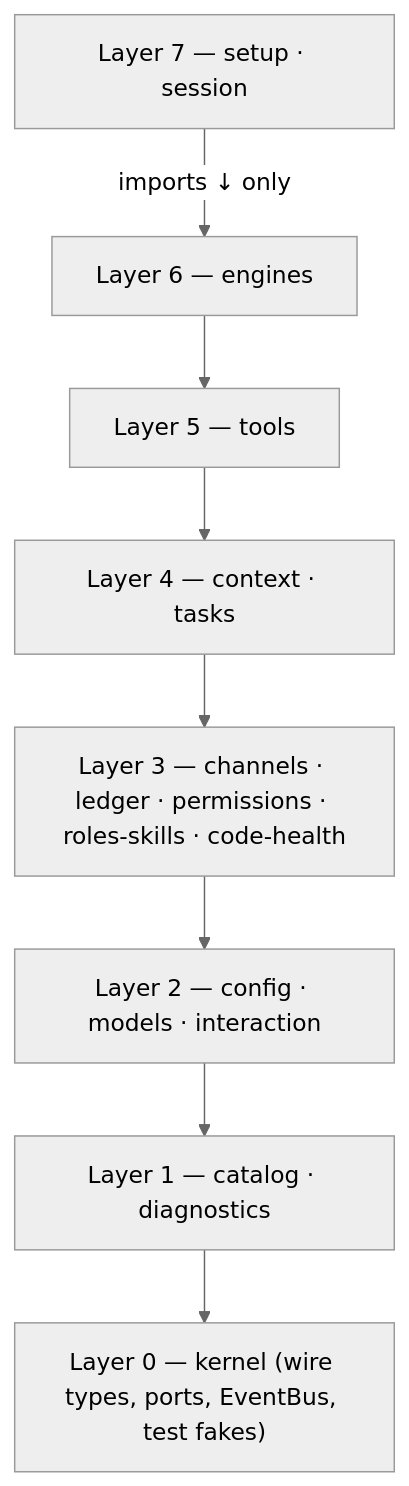
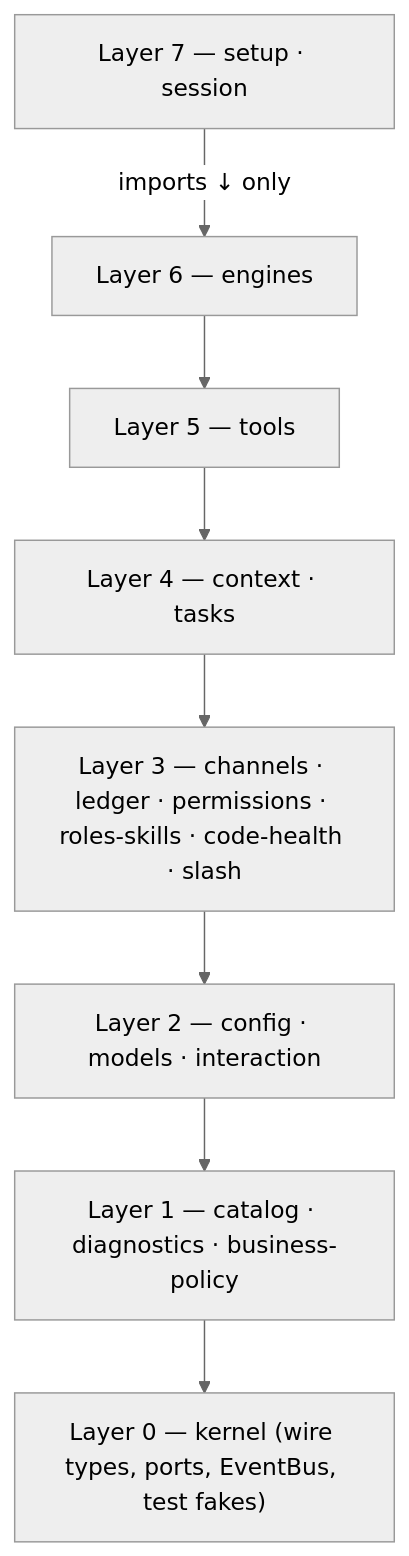
Before and after one commit to GDBryant/Stewart: the second of 4 diagrams in docs/ARCHITECTURE_DIAGRAM.md, drawn with Mermaid (neutral theme). The commit also changed other lines of this file and 6 other files, not shown here.

````diff
--- a/docs/ARCHITECTURE_DIAGRAM.md
+++ b/docs/ARCHITECTURE_DIAGRAM.md
@@ -45,12 +45,12 @@
 ```mermaid
 flowchart TB
     L7["Layer 7 — setup · session"]
     L6["Layer 6 — engines"]
     L5["Layer 5 — tools"]
     L4["Layer 4 — context · tasks"]
-    L3["Layer 3 — channels · ledger · permissions · roles-skills · code-health"]
+    L3["Layer 3 — channels · ledger · permissions · roles-skills · code-health · slash"]
     L2["Layer 2 — config · models · interaction"]
-    L1["Layer 1 — catalog · diagnostics"]
+    L1["Layer 1 — catalog · diagnostics · business-policy"]
     L0["Layer 0 — kernel (wire types, ports, EventBus, test fakes)"]
     L7 -->|"imports ↓ only"| L6 --> L5 --> L4 --> L3 --> L2 --> L1 --> L0
 ```
````
